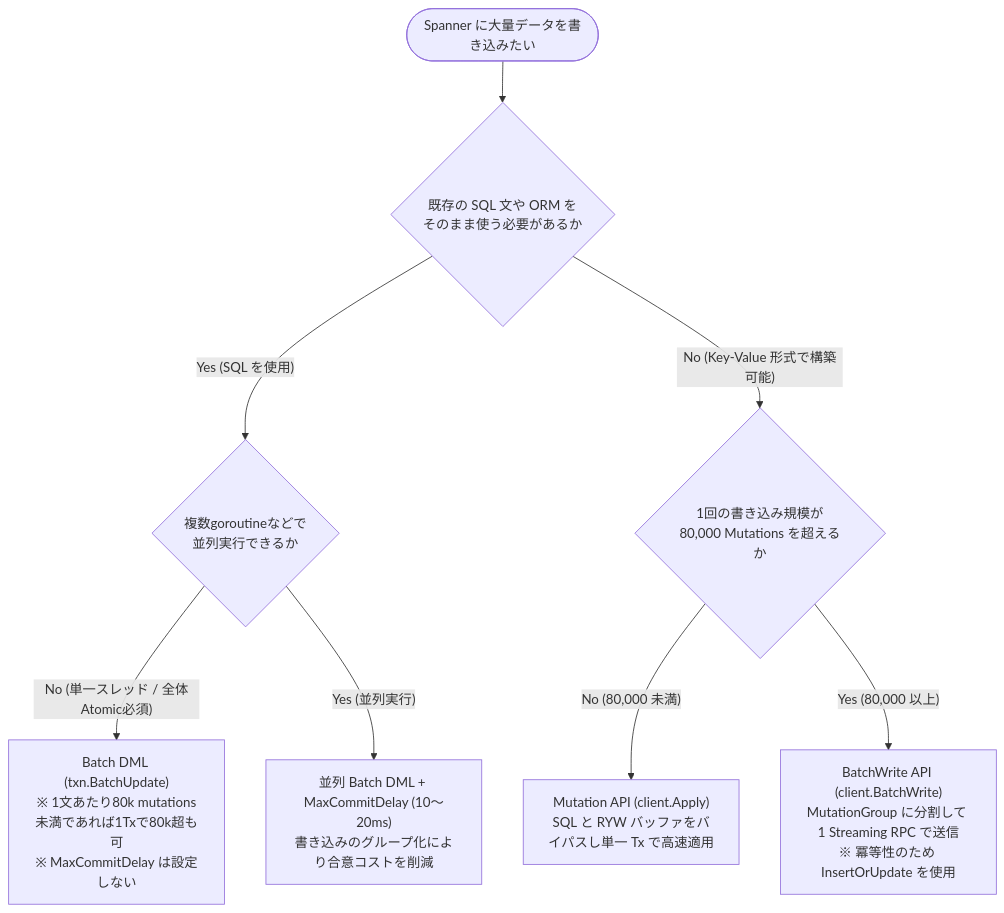
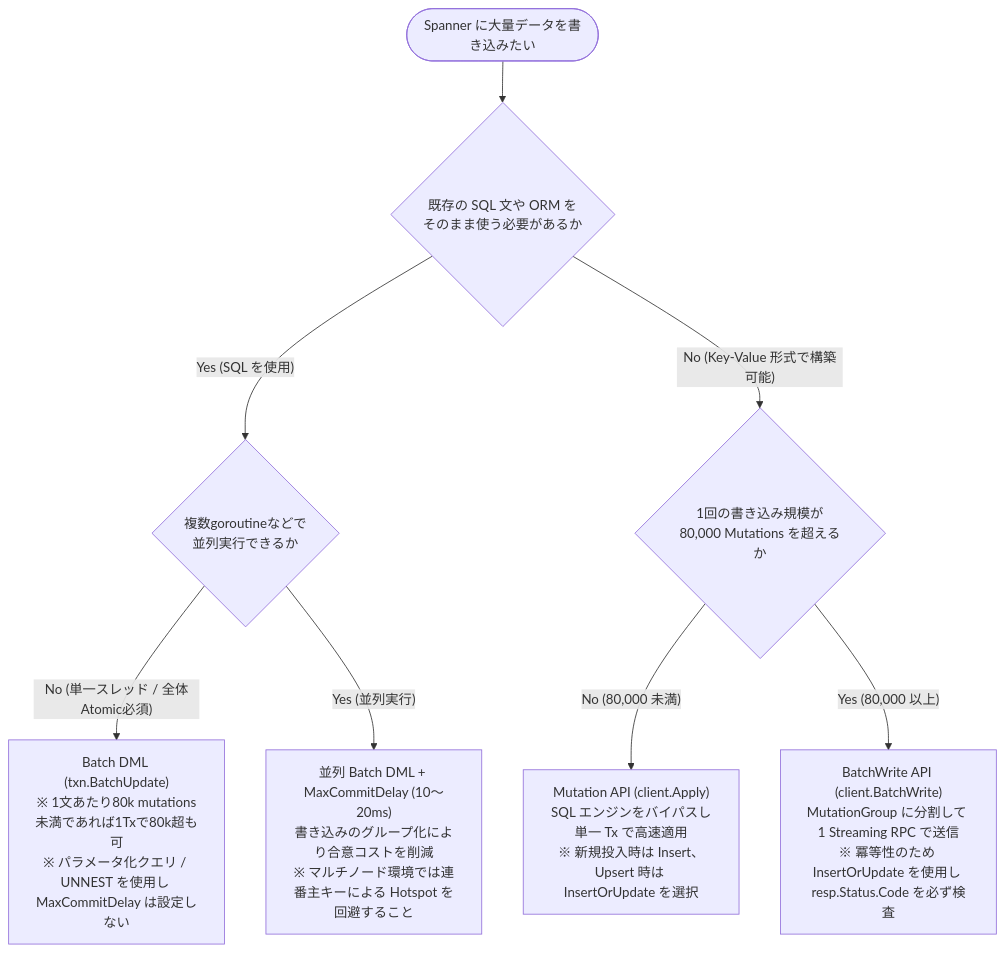
The sixth of 6 diagrams in articles/7aad16e9b5760d.md (michity15169/zenn-content), drawn with Mermaid before and after one commit. The commit also changed other lines of this file, not shown here.

Commit message:
fix: Spanner バルク書き込み記事の技術的正確性・アーキテクチャ図・サンプルコードの改修

````diff
--- a/articles/7aad16e9b5760d.md
+++ b/articles/7aad16e9b5760d.md
@@ -479,13 +523,13 @@
 ```mermaid
 flowchart TD
     Start(["Spanner に大量データを書き込みたい"]) --> Q_SQL{"既存の SQL 文や ORM を\nそのまま使う必要があるか"}
     
     Q_SQL -->|"Yes (SQL を使用)"| Q_Parallel{"複数goroutineなどで\n並列実行できるか"}
-    Q_Parallel -->|"No (単一スレッド / 全体Atomic必須)"| Res_BatchDML["Batch DML (txn.BatchUpdate)\n※ 1文あたり80k mutations未満であれば1Txで80k超も可\n※ MaxCommitDelay は設定しない"]
-    Q_Parallel -->|"Yes (並列実行)"| Res_OptDML["並列 Batch DML + MaxCommitDelay (10〜20ms)\n書き込みのグループ化により合意コストを削減"]
+    Q_Parallel -->|"No (単一スレッド / 全体Atomic必須)"| Res_BatchDML["Batch DML (txn.BatchUpdate)\n※ 1文あたり80k mutations未満であれば1Txで80k超も可\n※ パラメータ化クエリ / UNNEST を使用し MaxCommitDelay は設定しない"]
+    Q_Parallel -->|"Yes (並列実行)"| Res_OptDML["並列 Batch DML + MaxCommitDelay (10〜20ms)\n書き込みのグループ化により合意コストを削減\n※ マルチノード環境では連番主キーによる Hotspot を回避すること"]
 
     Q_SQL -->|"No (Key-Value 形式で構築可能)"| Q_Size{"1回の書き込み規模が\n80,000 Mutations を超えるか"}
     
-    Q_Size -->|"No (80,000 未満)"| Res_Mutation["Mutation API (client.Apply)\nSQL と RYW バッファをバイパスし単一 Tx で高速適用"]
-    Q_Size -->|"Yes (80,000 以上)"| Res_BatchWrite["BatchWrite API (client.BatchWrite)\nMutationGroup に分割して 1 Streaming RPC で送信\n※ 冪等性のため InsertOrUpdate を使用"]
+    Q_Size -->|"No (80,000 未満)"| Res_Mutation["Mutation API (client.Apply)\nSQL エンジンをバイパスし単一 Tx で高速適用\n※ 新規投入時は Insert、Upsert 時は InsertOrUpdate を選択"]
+    Q_Size -->|"Yes (80,000 以上)"| Res_BatchWrite["BatchWrite API (client.BatchWrite)\nMutationGroup に分割して 1 Streaming RPC で送信\n※ 冪等性のため InsertOrUpdate を使用し resp.Status.Code を必ず検査"]
 ```
````
